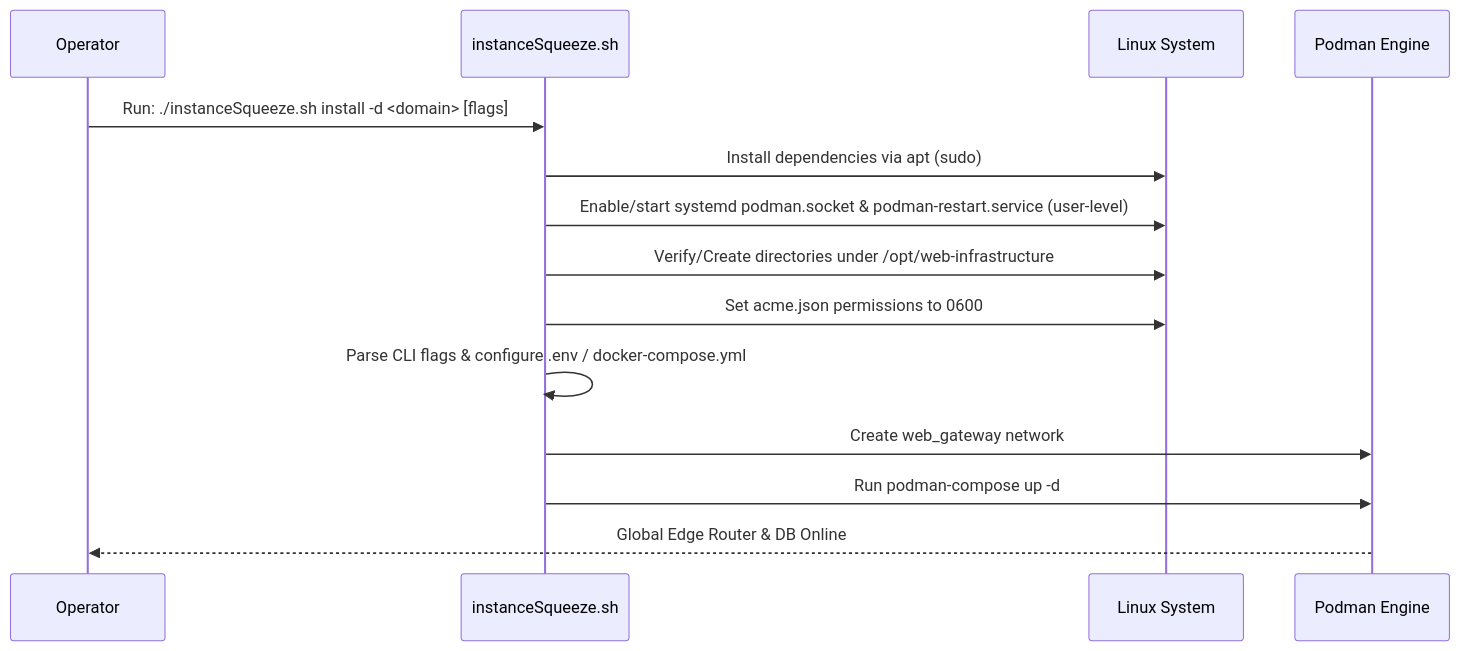
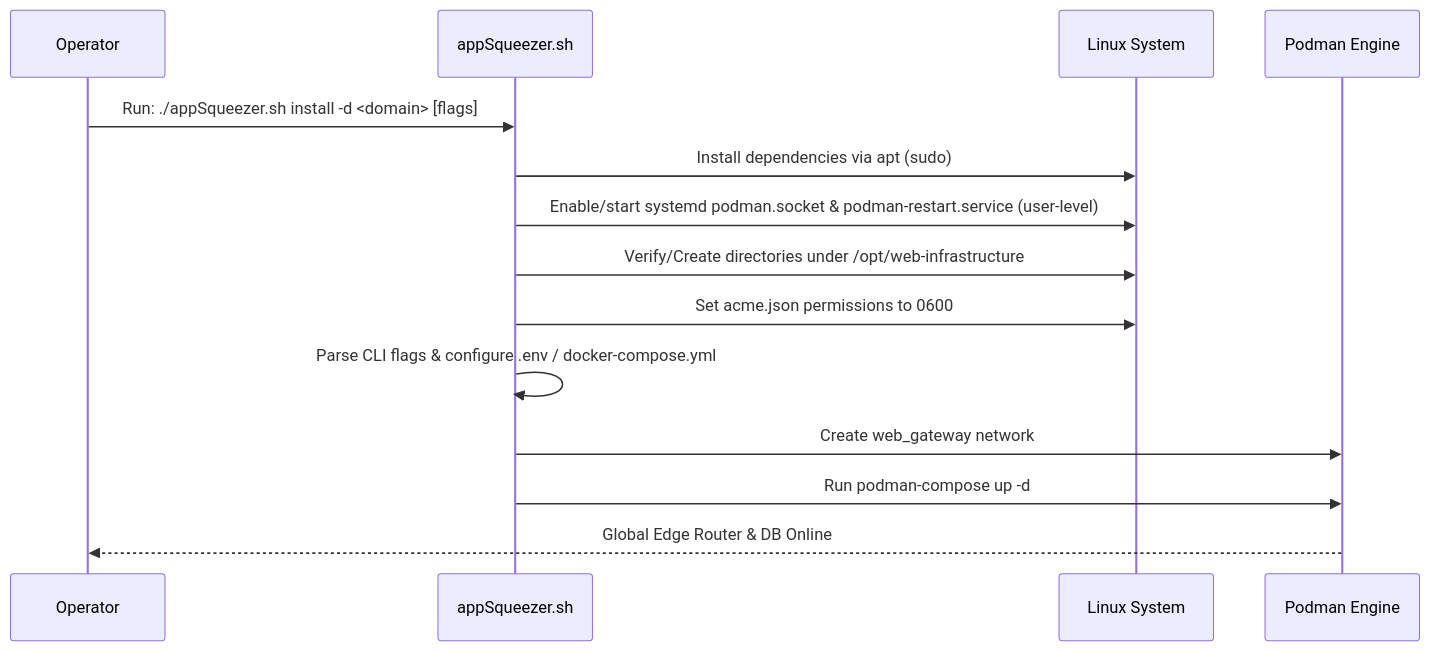
Before and after one commit to python-ai-bootcamp/appSqueezer: the second of 2 diagrams in docs/deploymentSpec.md, drawn with Mermaid. The commit also changed other lines of this file and 6 other files, not shown here.

Commit message:
rebranded as appSqueezer

````diff
--- a/docs/deploymentSpec.md
+++ b/docs/deploymentSpec.md
@@ -43,17 +43,17 @@
 ```mermaid
 sequenceDiagram
     participant Admin as Operator
-    participant Script as instanceSqueeze.sh
+    participant Script as appSqueezer.sh
     participant System as Linux System
     participant Podman as Podman Engine
 
-    Admin->>Script: Run: ./instanceSqueeze.sh install -d <domain> [flags]
+    Admin->>Script: Run: ./appSqueezer.sh install -d <domain> [flags]
     Script->>System: Install dependencies via apt (sudo)
     Script->>System: Enable/start systemd podman.socket & podman-restart.service (user-level)
     Script->>System: Verify/Create directories under /opt/web-infrastructure
     Script->>System: Set acme.json permissions to 0600
     Script->>Script: Parse CLI flags & configure .env / docker-compose.yml
     Script->>Podman: Create web_gateway network
     Script->>Podman: Run podman-compose up -d
     Podman-->>Admin: Global Edge Router & DB Online
 ```
````
